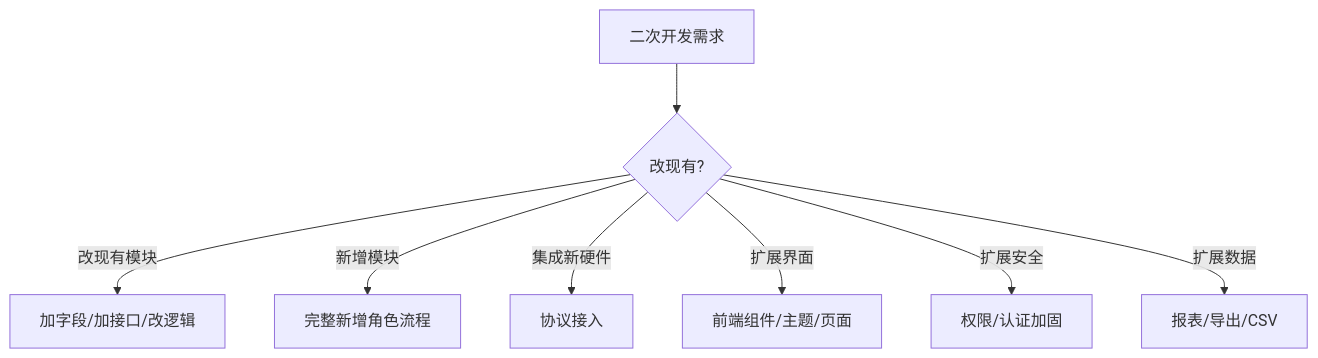
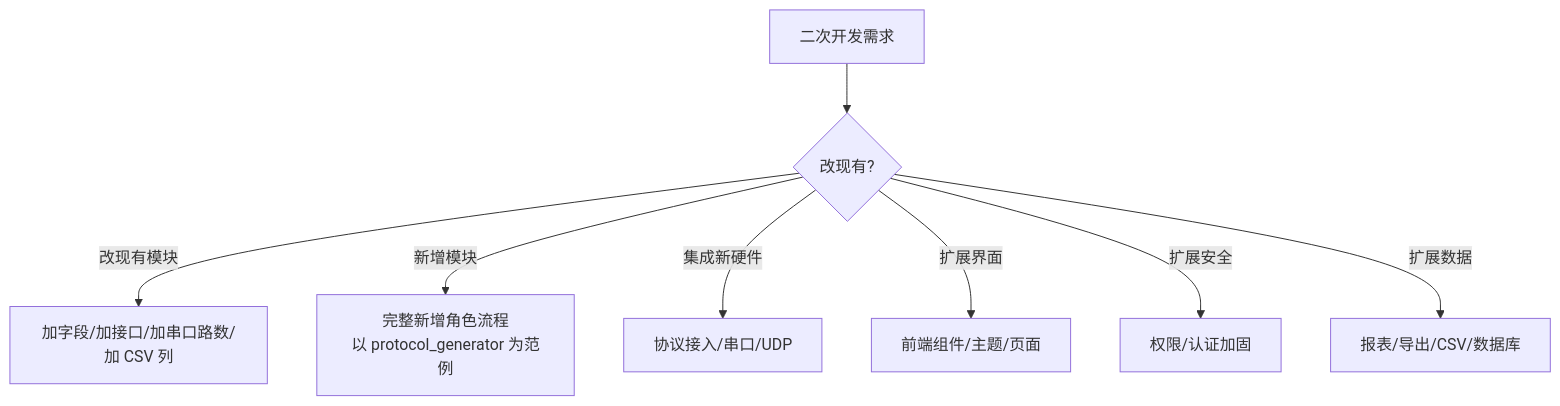
The first of 3 diagrams in docs/tutorial/08-扩展与二次开发.md (3123958139/RustWeb-Vue), drawn with Mermaid before and after one commit. The commit also changed other lines of this file and 8 other files, not shown here.

````diff
--- a/docs/tutorial/08-扩展与二次开发.md
+++ b/docs/tutorial/08-扩展与二次开发.md
@@ -7,10 +7,10 @@
 ```mermaid
 flowchart TD
     A[二次开发需求] --> B{改现有?}
-    B -->|改现有模块| C[加字段/加接口/改逻辑]
-    B -->|新增模块| D[完整新增角色流程]
-    B -->|集成新硬件| E[协议接入]
+    B -->|改现有模块| C[加字段/加接口/加串口路数/加 CSV 列]
+    B -->|新增模块| D[完整新增角色流程<br/>以 protocol_generator 为范例]
+    B -->|集成新硬件| E[协议接入/串口/UDP]
     B -->|扩展界面| F[前端组件/主题/页面]
     B -->|扩展安全| G[权限/认证加固]
-    B -->|扩展数据| H[报表/导出/CSV]
+    B -->|扩展数据| H[报表/导出/CSV/数据库]
 ```
````
